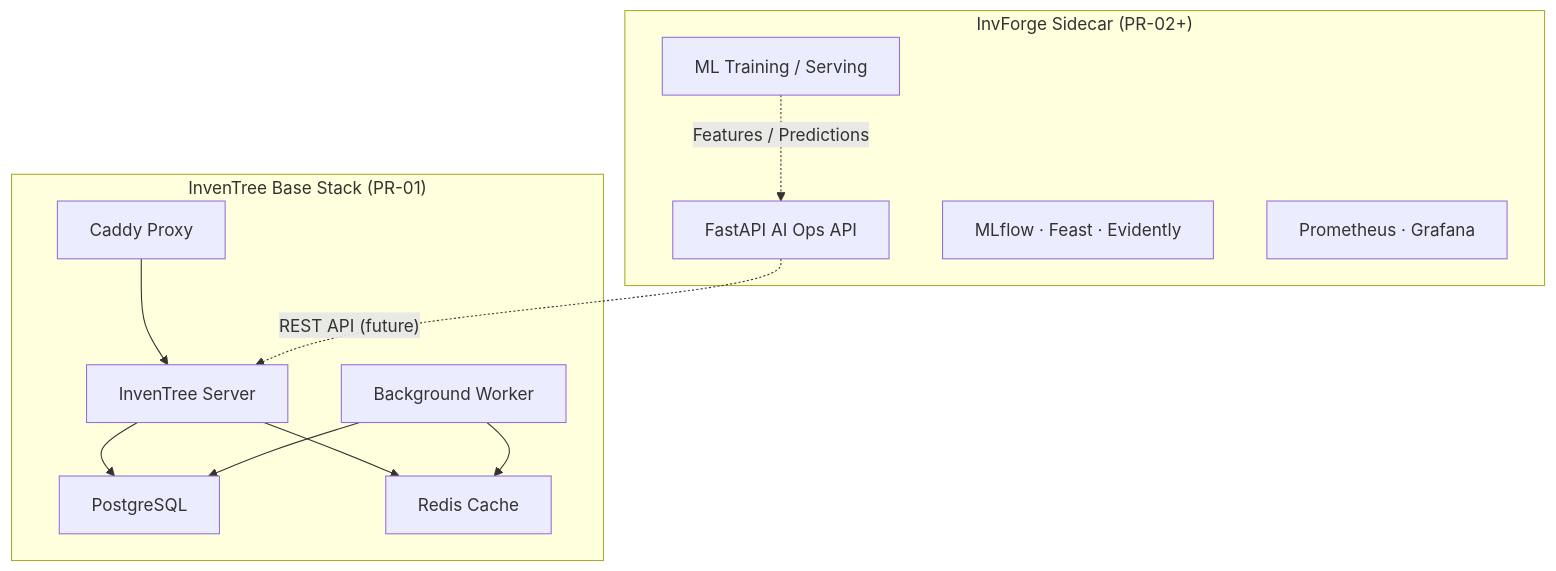
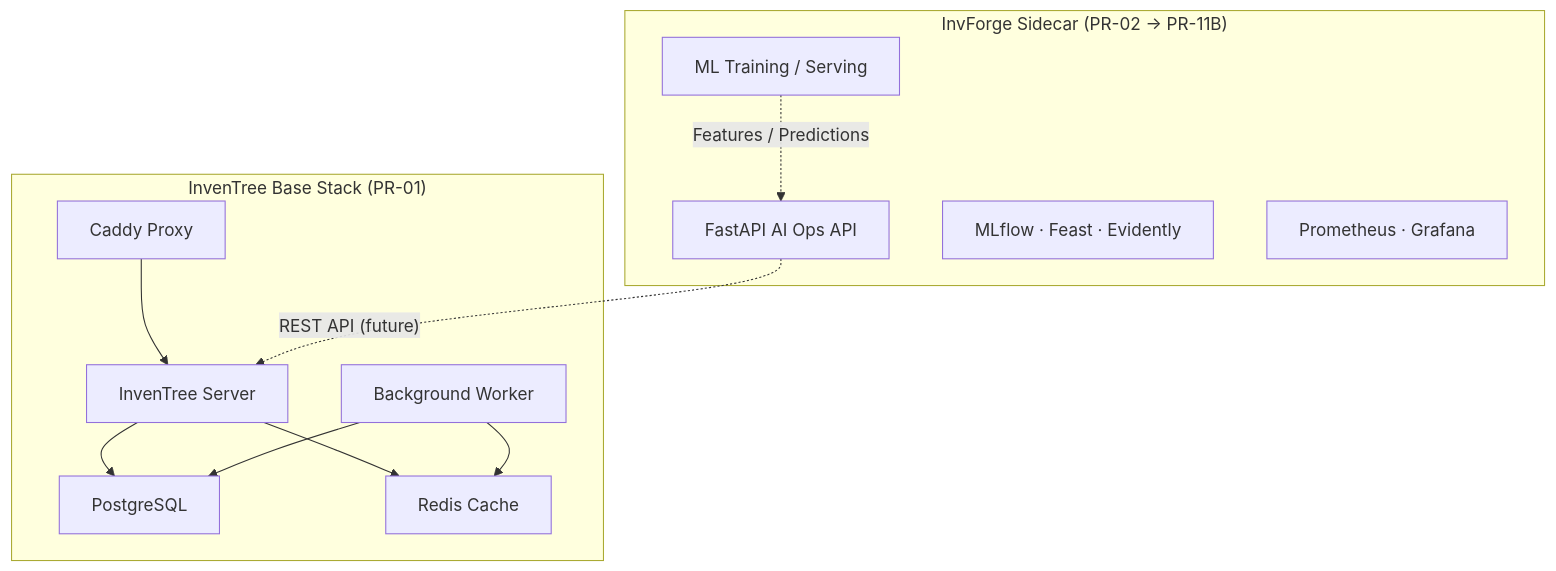
Before and after one commit to dannzapper-cmd/project-3: the diagram in README.md, drawn with Mermaid. The commit also changed other lines of this file and 21 other files, not shown here.

````diff
--- a/README.md
+++ b/README.md
@@ -11,26 +12,26 @@
 ```mermaid
 flowchart TB
-    subgraph invforge_sidecar ["InvForge Sidecar (PR-02+)"]
+    subgraph invforge_sidecar ["InvForge Sidecar (PR-02 → PR-11B)"]
         API["FastAPI AI Ops API"]
         ML["ML Training / Serving"]
         MLOps["MLflow · Feast · Evidently"]
         OBS["Prometheus · Grafana"]
     end
 
     subgraph inventree_base ["InvenTree Base Stack (PR-01)"]
         PROXY["Caddy Proxy"]
         SERVER["InvenTree Server"]
         WORKER["Background Worker"]
         PG["PostgreSQL"]
         REDIS["Redis Cache"]
     end
 
     PROXY --> SERVER
     SERVER --> PG
     SERVER --> REDIS
     WORKER --> PG
     WORKER --> REDIS
 
     API -. "REST API (future)" .-> SERVER
     ML -. "Features / Predictions" .-> API
 ```
````
